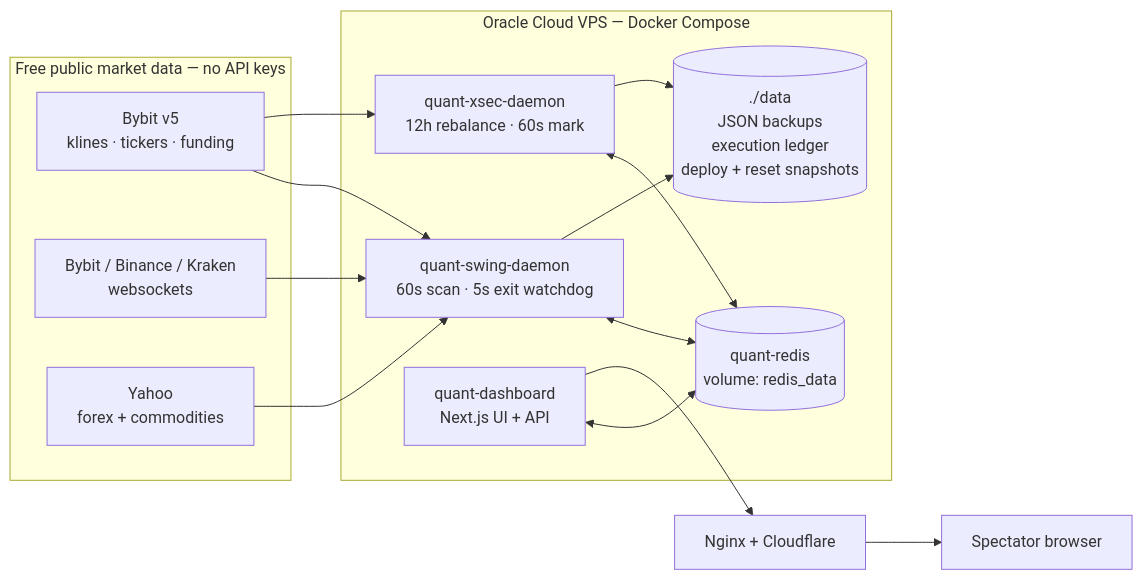
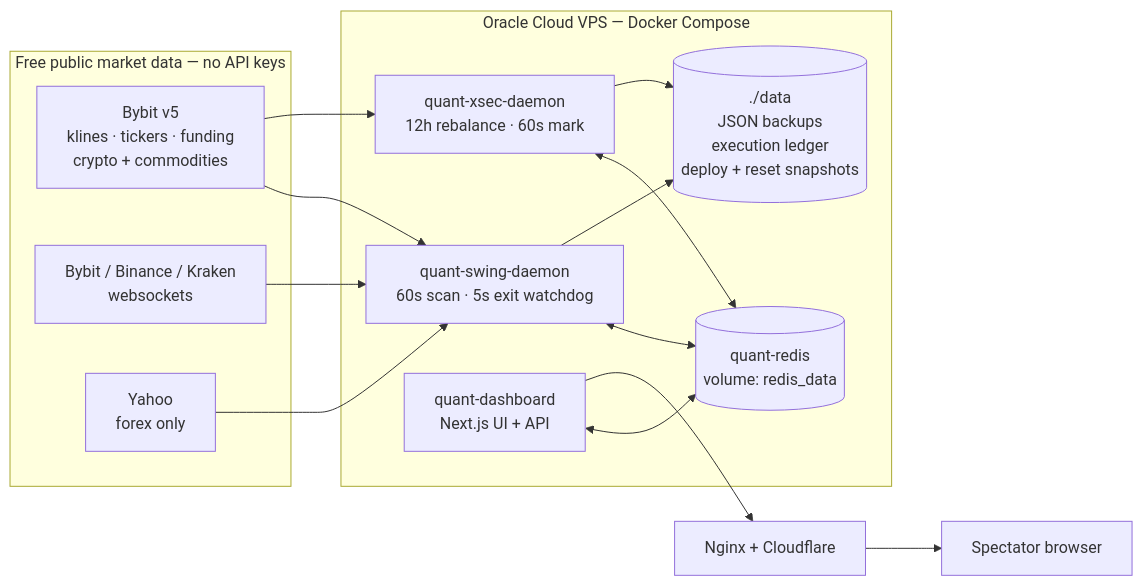
Before and after one commit to tejashendre/AI-paper-trading-agent: the second of 6 diagrams in docs/ARCHITECTURE.md, drawn with Mermaid. The commit also changed other lines of this file and 1 other file, not shown here.

````diff
--- a/docs/ARCHITECTURE.md
+++ b/docs/ARCHITECTURE.md
@@ -59,29 +59,29 @@
 ```mermaid
 flowchart LR
     subgraph FREE["Free public market data — no API keys"]
-        BYBIT["Bybit v5<br/>klines · tickers · funding"]
+        BYBIT["Bybit v5<br/>klines · tickers · funding<br/>crypto + commodities"]
         WS["Bybit / Binance / Kraken<br/>websockets"]
-        YAHOO["Yahoo<br/>forex + commodities"]
+        YAHOO["Yahoo<br/>forex only"]
     end
 
     subgraph ORACLE["Oracle Cloud VPS — Docker Compose"]
         SWINGD["quant-swing-daemon<br/>60s scan · 5s exit watchdog"]
         XSECD["quant-xsec-daemon<br/>12h rebalance · 60s mark"]
         DASH["quant-dashboard<br/>Next.js UI + API"]
         REDIS[("quant-redis<br/>volume: redis_data")]
         FILES[("./data<br/>JSON backups<br/>execution ledger<br/>deploy + reset snapshots")]
     end
 
     BYBIT --> SWINGD
     BYBIT --> XSECD
     WS --> SWINGD
     YAHOO --> SWINGD
 
     SWINGD <--> REDIS
     XSECD <--> REDIS
     DASH <--> REDIS
     SWINGD --> FILES
     XSECD --> FILES
 
     DASH --> NGINX["Nginx + Cloudflare"] --> USER["Spectator browser"]
 ```
````
